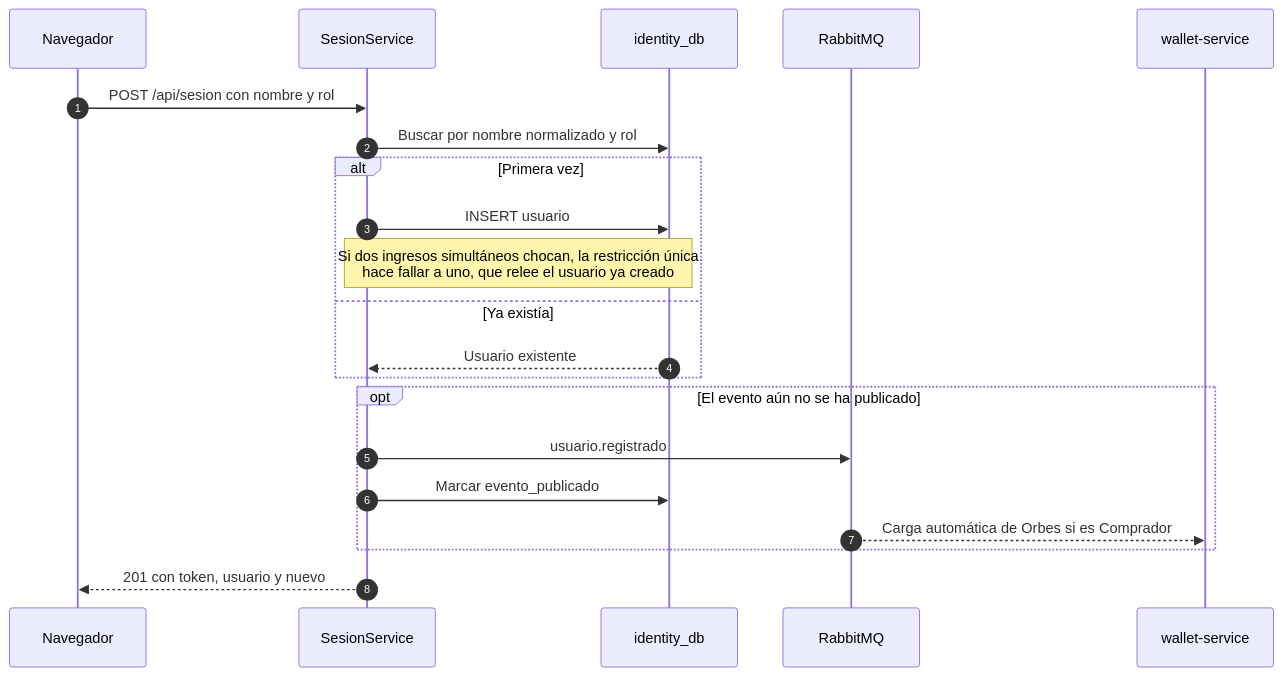
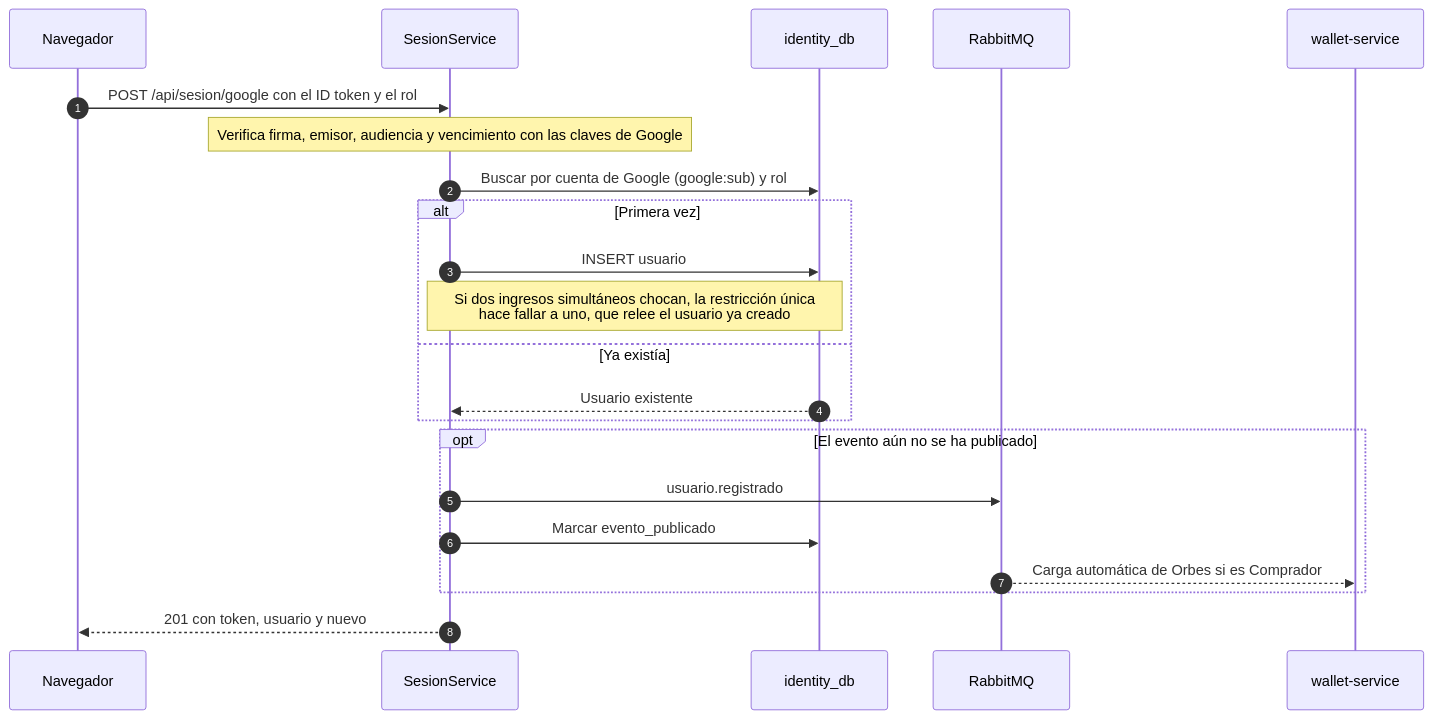
The third of 6 diagrams in README.md (CafeOrbe/cafeorbe-identity-service), drawn with Mermaid before and after one commit. The commit also changed other lines of this file and 23 other files, not shown here.

First line of the commit message:
Sprint 2: acceso solo con Google y escenarios de calidad en identity (#5)

````diff
--- a/README.md
+++ b/README.md
@@ -113,24 +110,25 @@
 ```mermaid
 sequenceDiagram
     autonumber
     participant N as Navegador
     participant ID as SesionService
     participant DB as identity_db
     participant MQ as RabbitMQ
     participant WA as wallet-service
 
-    N->>ID: POST /api/sesion con nombre y rol
-    ID->>DB: Buscar por nombre normalizado y rol
+    N->>ID: POST /api/sesion/google con el ID token y el rol
+    Note over ID: Verifica firma, emisor, audiencia y vencimiento con las claves de Google
+    ID->>DB: Buscar por cuenta de Google (google:sub) y rol
     alt Primera vez
         ID->>DB: INSERT usuario
         Note over ID,DB: Si dos ingresos simultáneos chocan, la restricción única<br/>hace fallar a uno, que relee el usuario ya creado
     else Ya existía
         DB-->>ID: Usuario existente
     end
     opt El evento aún no se ha publicado
         ID->>MQ: usuario.registrado
         ID->>DB: Marcar evento_publicado
         MQ-->>WA: Carga automática de Orbes si es Comprador
     end
     ID-->>N: 201 con token, usuario y nuevo
 ```
````
